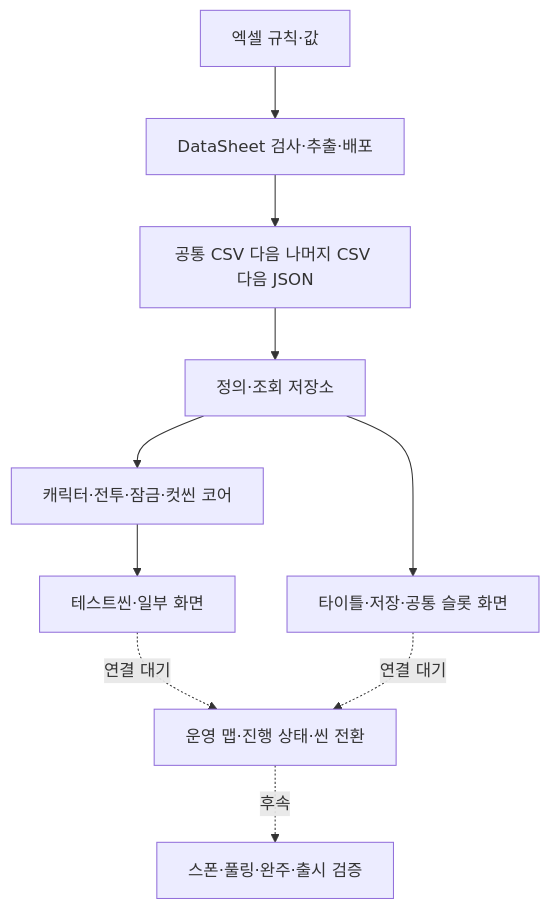
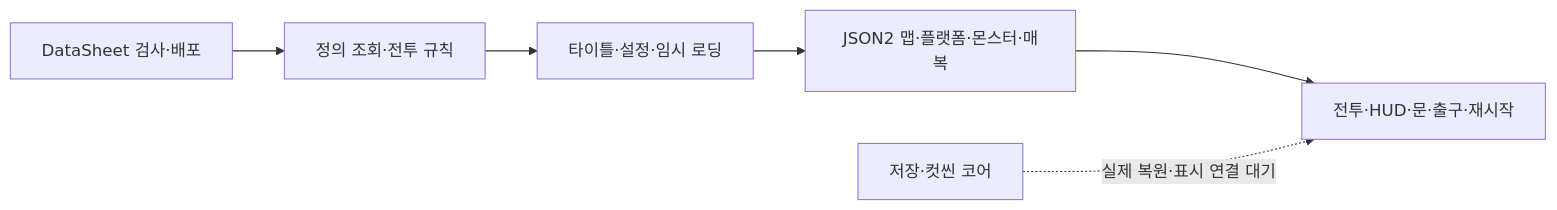
Before and after one commit to lkhwcf-arch/Human_Ghost-: the first of 3 diagrams in README.md, drawn with Mermaid. The commit also changed other lines of this file and 29 other files, not shown here.

````diff
--- a/README.md
+++ b/README.md
@@ -43,12 +43,8 @@
 ```mermaid
-flowchart TD
-    A[엑셀 규칙·값] --> B[DataSheet 검사·추출·배포]
-    B --> C[공통 CSV 다음 나머지 CSV 다음 JSON]
-    C --> D[정의·조회 저장소]
-    D --> E[캐릭터·전투·잠금·컷씬 코어]
-    E --> F[테스트씬·일부 화면]
-    D --> G[타이틀·저장·공통 슬롯 화면]
-    F -.연결 대기.-> H[운영 맵·진행 상태·씬 전환]
-    G -.연결 대기.-> H
-    H -.후속.-> I[스폰·풀링·완주·출시 검증]
+flowchart LR
+    A[DataSheet 검사·배포] --> B[정의 조회·전투 규칙]
+    B --> C[타이틀·설정·임시 로딩]
+    C --> D[JSON2 맵·플랫폼·몬스터·매복]
+    D --> E[전투·HUD·문·출구·재시작]
+    F[저장·컷씬 코어] -.실제 복원·표시 연결 대기.-> E
 ```
````
